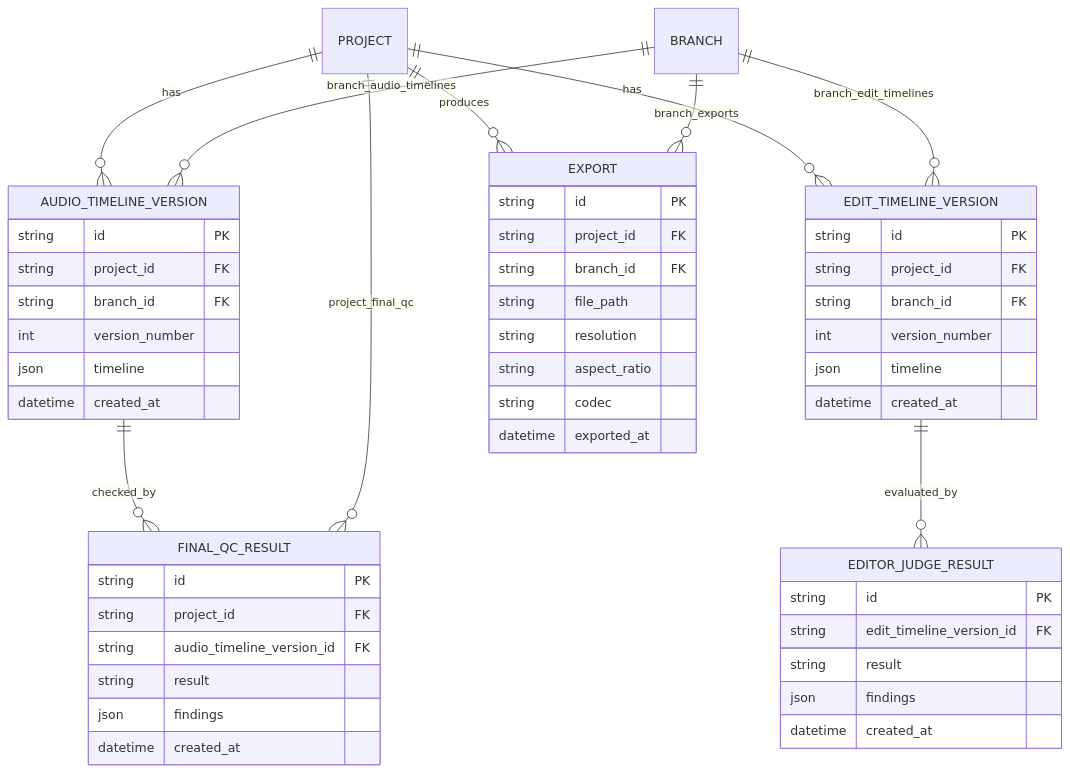
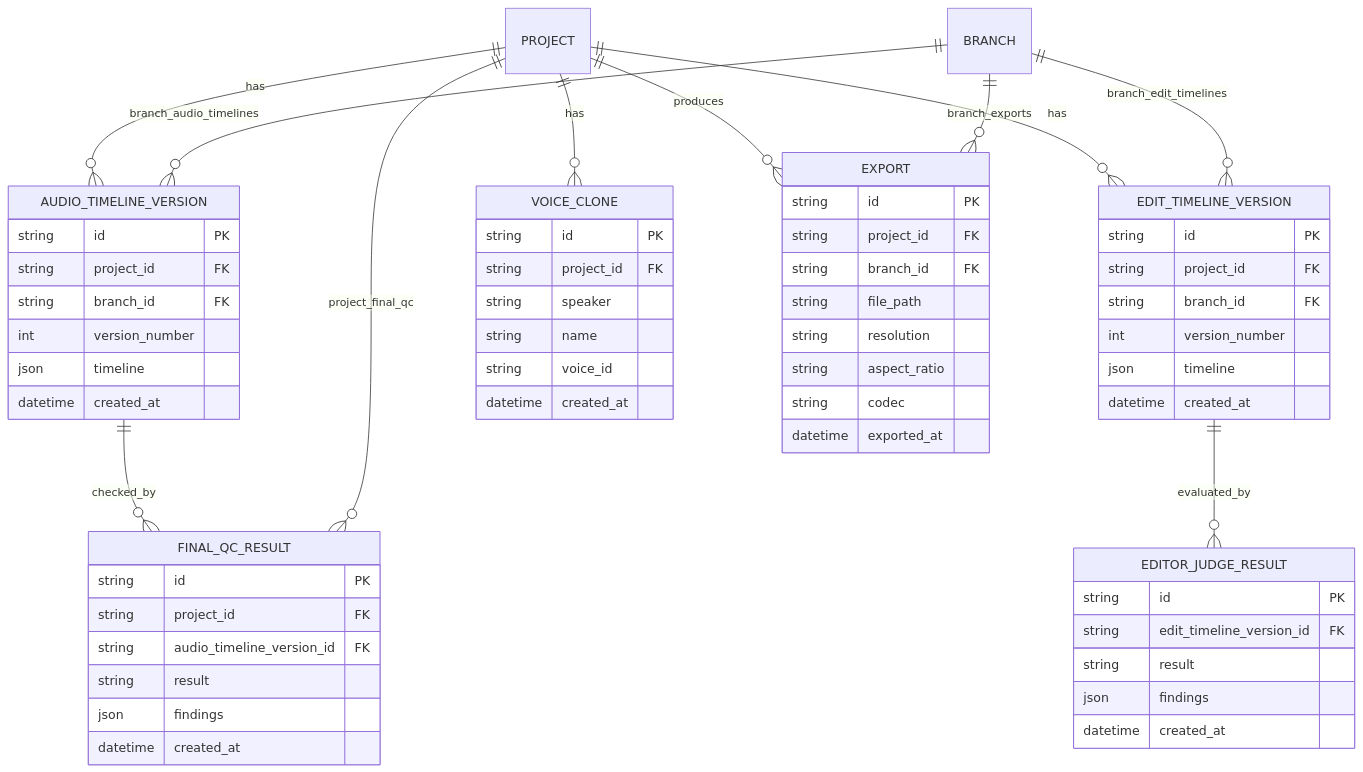
One commit to ousiassllc/mam changed the fourth of 6 diagrams in spec/architecture/er.md. Above: the diagram before and after it, drawn with Mermaid. The commit also changed other lines of this file and 33 other files, not shown here.

````diff
--- a/spec/architecture/er.md
+++ b/spec/architecture/er.md
@@ -327,54 +327,63 @@
 ```mermaid
 erDiagram
     PROJECT ||--o{ EDIT_TIMELINE_VERSION : has
     EDIT_TIMELINE_VERSION ||--o{ EDITOR_JUDGE_RESULT : evaluated_by
     AUDIO_TIMELINE_VERSION ||--o{ FINAL_QC_RESULT : checked_by
     PROJECT ||--o{ FINAL_QC_RESULT : project_final_qc
     PROJECT ||--o{ AUDIO_TIMELINE_VERSION : has
+    PROJECT ||--o{ VOICE_CLONE : has
     PROJECT ||--o{ EXPORT : produces
     BRANCH ||--o{ EDIT_TIMELINE_VERSION : branch_edit_timelines
     BRANCH ||--o{ AUDIO_TIMELINE_VERSION : branch_audio_timelines
     BRANCH ||--o{ EXPORT : branch_exports
 
     EDIT_TIMELINE_VERSION {
         string id PK
         string project_id FK
         string branch_id FK
         int version_number
         json timeline
         datetime created_at
     }
     EDITOR_JUDGE_RESULT {
         string id PK
         string edit_timeline_version_id FK
         string result
         json findings
         datetime created_at
     }
     AUDIO_TIMELINE_VERSION {
         string id PK
         string project_id FK
         string branch_id FK
         int version_number
         json timeline
         datetime created_at
     }
     FINAL_QC_RESULT {
         string id PK
         string project_id FK
         string audio_timeline_version_id FK
         string result
         json findings
         datetime created_at
     }
+    VOICE_CLONE {
+        string id PK
+        string project_id FK
+        string speaker
+        string name
+        string voice_id
+        datetime created_at
+    }
     EXPORT {
         string id PK
         string project_id FK
         string branch_id FK
         string file_path
         string resolution
         string aspect_ratio
         string codec
         datetime exported_at
     }
 ```
````
